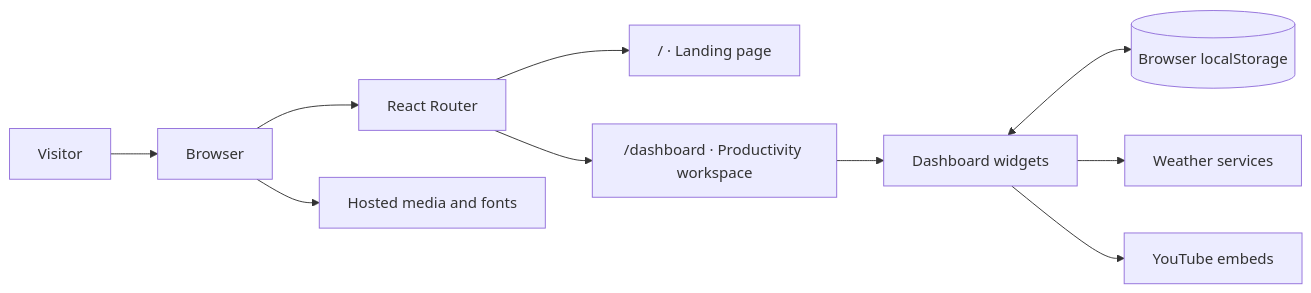
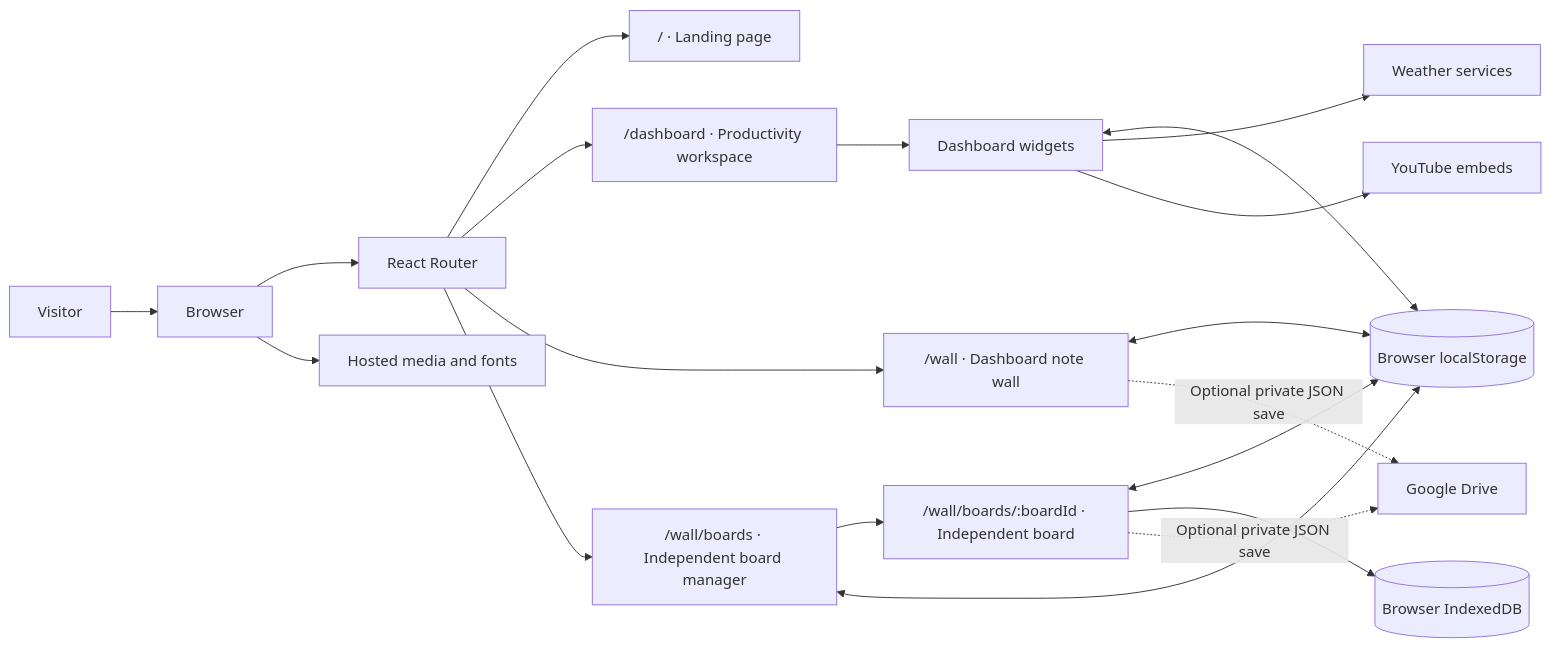
The first of 4 diagrams in ARCHITECTURE.md (Ryson-Theo/Kazedesk), drawn with Mermaid before and after one commit. The commit also changed other lines of this file and 3 other files, not shown here.

````diff
--- a/ARCHITECTURE.md
+++ b/ARCHITECTURE.md
@@ -9,12 +9,21 @@
 ```mermaid
 flowchart LR
     Visitor --> Browser
     Browser --> Router[React Router]
     Router --> Landing["/ · Landing page"]
     Router --> Dashboard["/dashboard · Productivity workspace"]
+    Router --> Wall["/wall · Dashboard note wall"]
+    Router --> Boards["/wall/boards · Independent board manager"]
+    Boards --> Board["/wall/boards/:boardId · Independent board"]
     Dashboard --> Widgets[Dashboard widgets]
     Widgets <--> Storage[(Browser localStorage)]
+    Wall <--> Storage
+    Boards <--> Storage
+    Board <--> Storage
+    Board --> Attachments[(Browser IndexedDB)]
     Widgets --> Weather[Weather services]
     Widgets --> YouTube[YouTube embeds]
+    Wall -. Optional private JSON save .-> Drive[Google Drive]
+    Board -. Optional private JSON save .-> Drive
     Browser --> HostedMedia[Hosted media and fonts]
 ```
````
